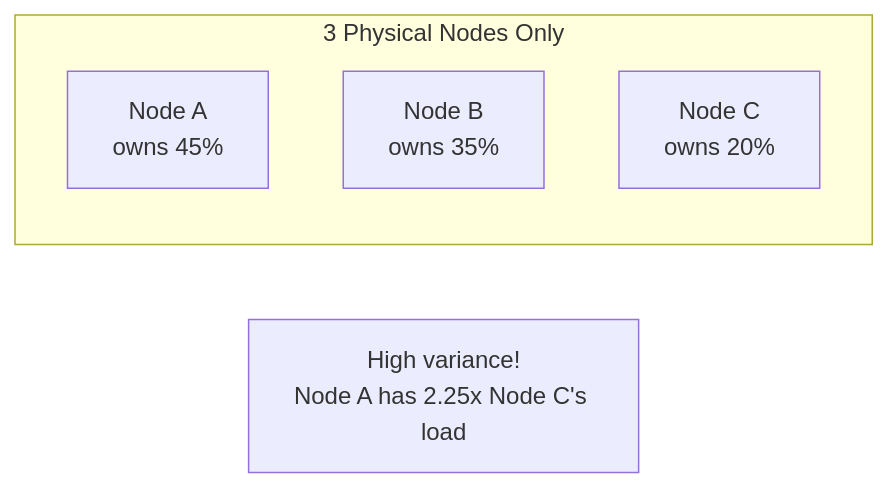
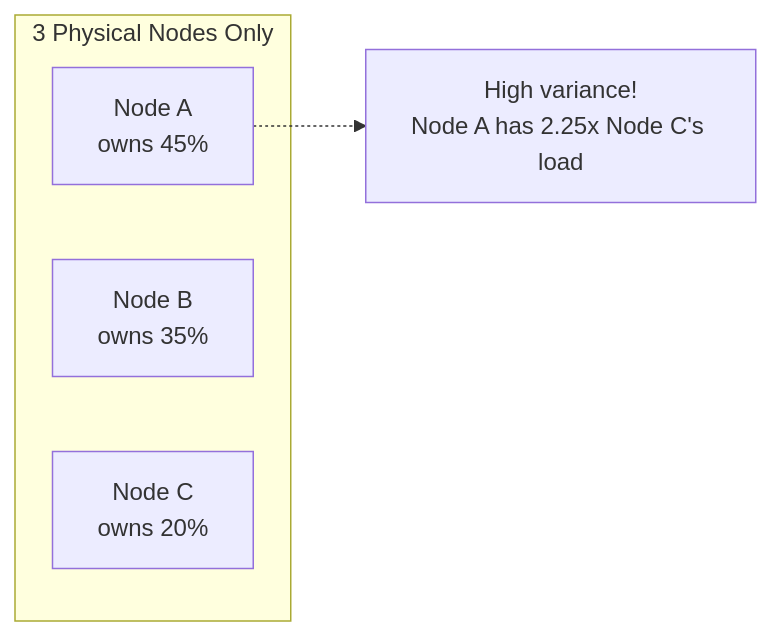
Before and after one commit to ae-lexs/system_design: the eighth of 10 diagrams in DD_CONSISTENT_HASHING.md, drawn with Mermaid. The commit also changed other lines of this file and 23 other files, not shown here.

````diff
--- a/DD_CONSISTENT_HASHING.md
+++ b/DD_CONSISTENT_HASHING.md
@@ -781,10 +780,10 @@
 ```mermaid
 flowchart LR
     subgraph "3 Physical Nodes Only"
         PN1["Node A<br/>owns 45%"]
         PN2["Node B<br/>owns 35%"]
         PN3["Node C<br/>owns 20%"]
     end
 
-    NOTE["High variance!<br/>Node A has 2.25x Node C's load"]
+    PN1 -.-> NOTE["High variance!<br/>Node A has 2.25x Node C's load"]
 ```
````
